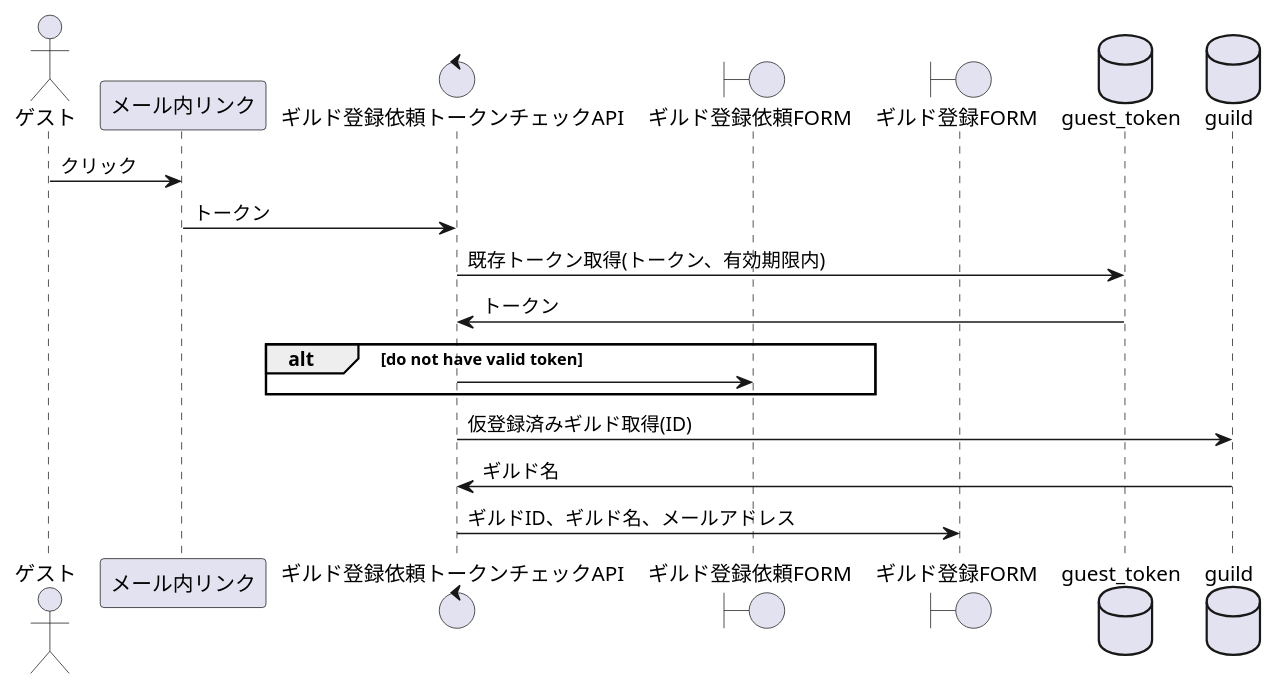
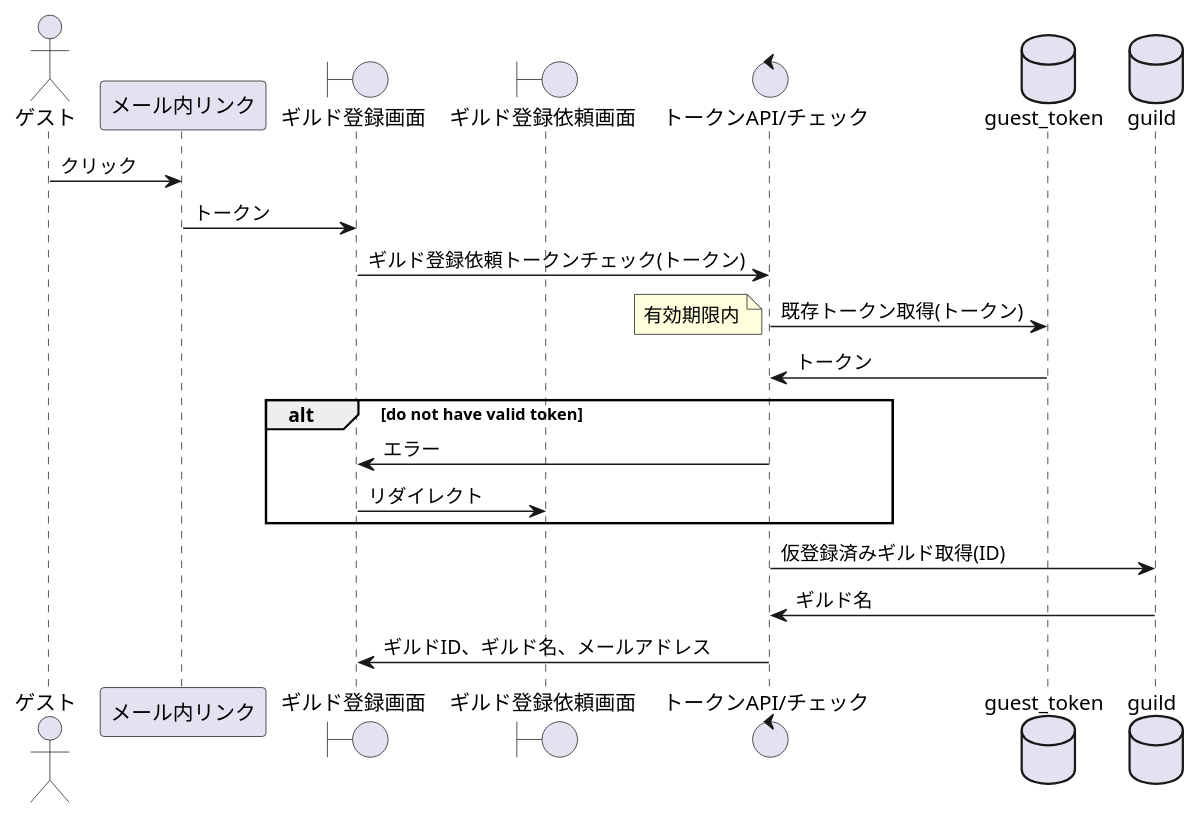
One commit to sky0621/familiagildo changed the diagram in design/sequence/002_ギルド登録FORMを表示する.puml. Above: the diagram before and after it, drawn with PlantUML. The commit also changed 2 other files, not shown here.

```diff
--- a/design/sequence/002_ギルド登録FORMを表示する.puml
+++ b/design/sequence/002_ギルド登録FORMを表示する.puml
@@ -1,22 +1,25 @@
 @startuml
 
 actor ゲスト as guest
 participant メール内リンク as mail
-control ギルド登録依頼トークンチェックAPI as handler
-boundary ギルド登録依頼FORM as form3
-boundary ギルド登録FORM as form
+boundary ギルド登録画面 as page1
+boundary ギルド登録依頼画面 as page2
+control "トークンAPI/チェック" as api1
 database guest_token
 database guild
 
 guest -> mail:クリック
-mail -> handler:トークン
-handler -> guest_token:既存トークン取得(トークン、有効期限内)
-guest_token -> handler:トークン
+mail -> page1:トークン
+page1 -> api1:ギルド登録依頼トークンチェック(トークン)
+api1 -> guest_token:既存トークン取得(トークン)
+note left:有効期限内
+guest_token -> api1:トークン
 alt do not have valid token
-handler -> form3:
+api1 -> page1:エラー
+page1 -> page2:リダイレクト
 end
-handler -> guild:仮登録済みギルド取得(ID)
-guild -> handler:ギルド名
-handler -> form:ギルドID、ギルド名、メールアドレス
+api1 -> guild:仮登録済みギルド取得(ID)
+guild -> api1:ギルド名
+api1 -> page1:ギルドID、ギルド名、メールアドレス
 
 @enduml
```
